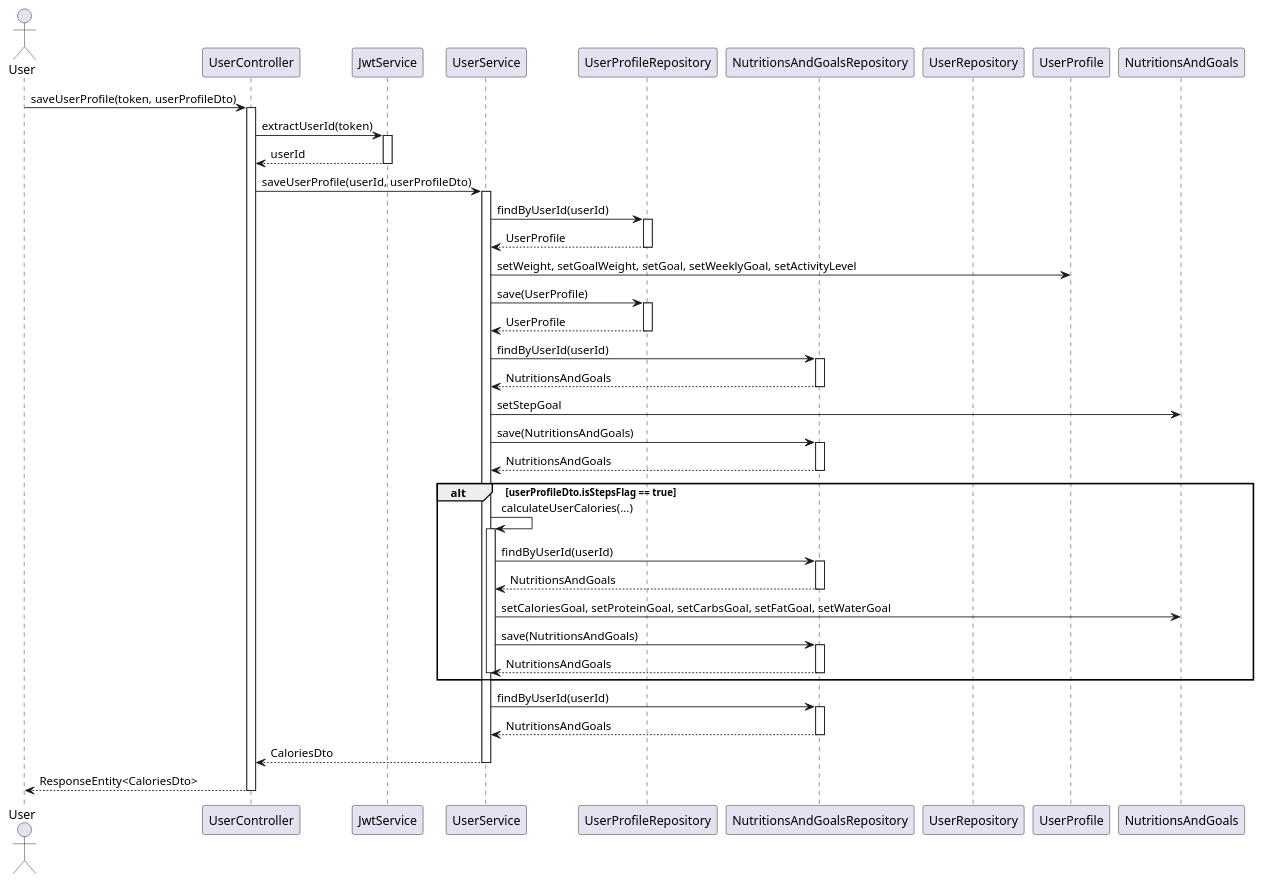
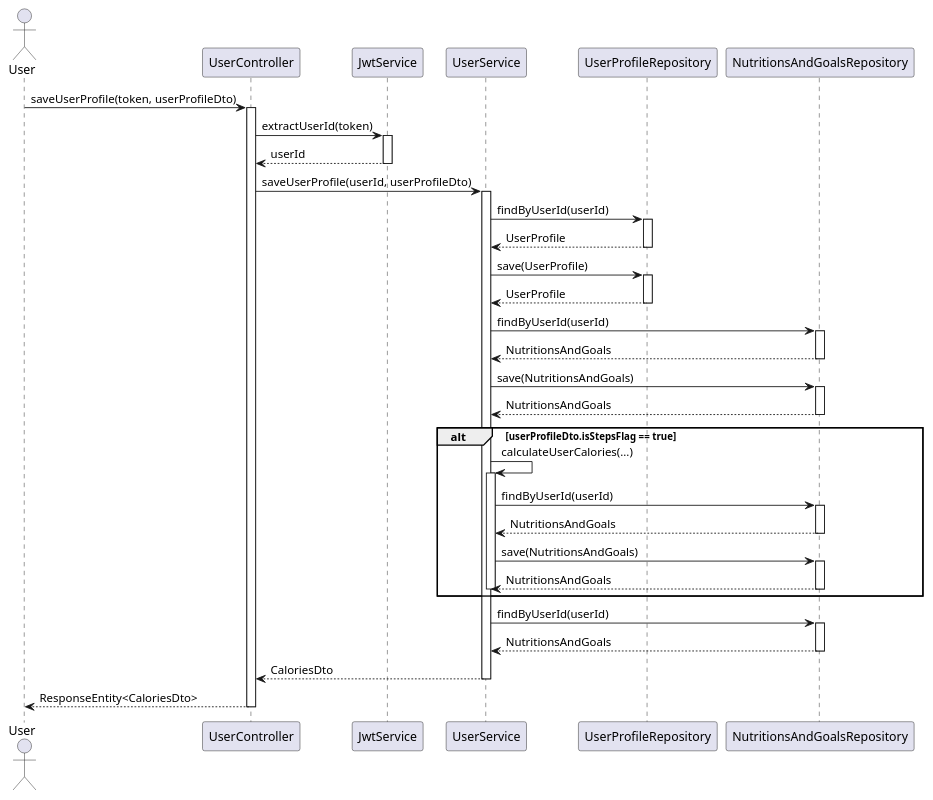
One commit to v-petrov/DW_HealthBody-Mind changed the diagram in healthbody&mind/healthbody-mind/uml/2.1us/sequence.puml. Above: the diagram before and after it, drawn with PlantUML. The commit also changed 7 other files, not shown here.

Commit message:
created and made changes to the all 5 class and sequence diagrams

```diff
--- a/healthbody&mind/healthbody-mind/uml/2.1us/sequence.puml
+++ b/healthbody&mind/healthbody-mind/uml/2.1us/sequence.puml
@@ -1,70 +1,66 @@
 @startuml
 actor User
 participant UserController
 participant JwtService
 participant UserService
 participant UserProfileRepository
 participant NutritionsAndGoalsRepository
-participant UserRepository
 
 User -> UserController : saveUserProfile(token, userProfileDto)
 activate UserController
 
 UserController -> JwtService : extractUserId(token)
 activate JwtService
 JwtService --> UserController : userId
 deactivate JwtService
 
 UserController -> UserService : saveUserProfile(userId, userProfileDto)
 activate UserService
 
 UserService -> UserProfileRepository : findByUserId(userId)
 activate UserProfileRepository
 UserProfileRepository --> UserService : UserProfile
 deactivate UserProfileRepository
 
-UserService -> UserProfile : setWeight, setGoalWeight, setGoal, setWeeklyGoal, setActivityLevel
 UserService -> UserProfileRepository : save(UserProfile)
 activate UserProfileRepository
 UserProfileRepository --> UserService : UserProfile
 deactivate UserProfileRepository
 
 UserService -> NutritionsAndGoalsRepository : findByUserId(userId)
 activate NutritionsAndGoalsRepository
 NutritionsAndGoalsRepository --> UserService : NutritionsAndGoals
 deactivate NutritionsAndGoalsRepository
 
-UserService -> NutritionsAndGoals : setStepGoal
 
 UserService -> NutritionsAndGoalsRepository : save(NutritionsAndGoals)
 activate NutritionsAndGoalsRepository
 NutritionsAndGoalsRepository --> UserService : NutritionsAndGoals
 deactivate NutritionsAndGoalsRepository
 
 alt userProfileDto.isStepsFlag == true
     UserService -> UserService : calculateUserCalories(...)
     activate UserService
     UserService -> NutritionsAndGoalsRepository : findByUserId(userId)
     activate NutritionsAndGoalsRepository
     NutritionsAndGoalsRepository --> UserService : NutritionsAndGoals
     deactivate NutritionsAndGoalsRepository
 
-    UserService -> NutritionsAndGoals : setCaloriesGoal, setProteinGoal, setCarbsGoal, setFatGoal, setWaterGoal
     UserService -> NutritionsAndGoalsRepository : save(NutritionsAndGoals)
     activate NutritionsAndGoalsRepository
     NutritionsAndGoalsRepository --> UserService : NutritionsAndGoals
     deactivate NutritionsAndGoalsRepository
     deactivate UserService
 end
 
 UserService -> NutritionsAndGoalsRepository : findByUserId(userId)
 activate NutritionsAndGoalsRepository
 NutritionsAndGoalsRepository --> UserService : NutritionsAndGoals
 deactivate NutritionsAndGoalsRepository
 
 UserService --> UserController : CaloriesDto
 deactivate UserService
 
 UserController --> User : ResponseEntity<CaloriesDto>
 deactivate UserController
 @enduml
```
